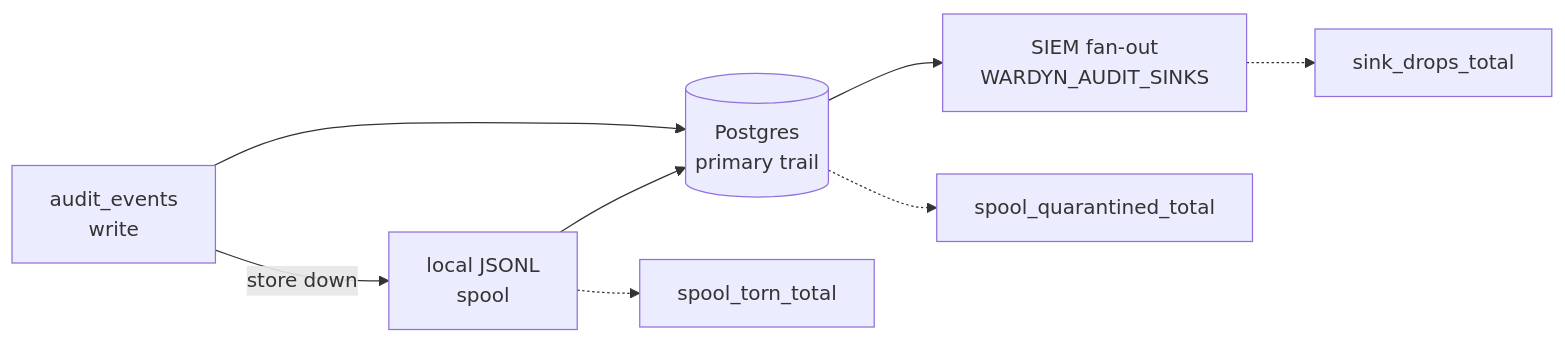
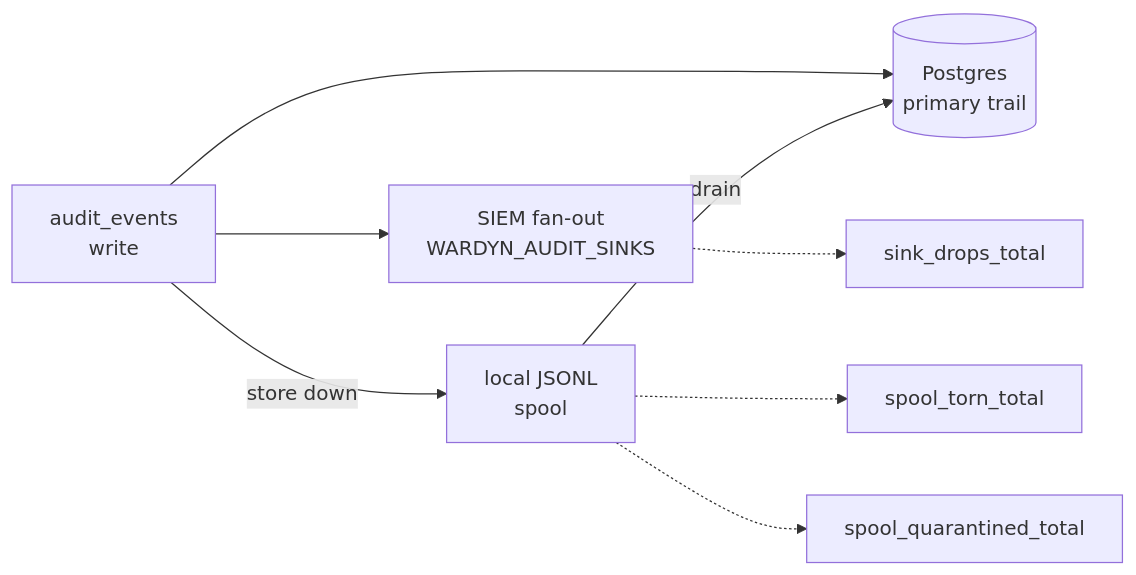
One commit to cjohnstoniv/wardyn changed the diagram in docs/operations/monitoring.md. Above: the diagram before and after it, drawn with Mermaid. The commit also changed other lines of this file and 13 other files, not shown here.

````diff
--- a/docs/operations/monitoring.md
+++ b/docs/operations/monitoring.md
@@ -11,10 +11,10 @@
 ```mermaid
 flowchart LR
     audit["audit_events<br/>write"] --> pg[("Postgres<br/>primary trail")]
+    audit --> sinks["SIEM fan-out<br/>WARDYN_AUDIT_SINKS"]
     audit -->|store down| spool["local JSONL<br/>spool"]
-    spool --> pg
+    spool -->|drain| pg
     spool -.-> torn["spool_torn_total"]
-    pg --> sinks["SIEM fan-out<br/>WARDYN_AUDIT_SINKS"]
+    spool -.-> quarantine["spool_quarantined_total"]
     sinks -.-> drop["sink_drops_total"]
-    pg -.-> quarantine["spool_quarantined_total"]
 ```
````
